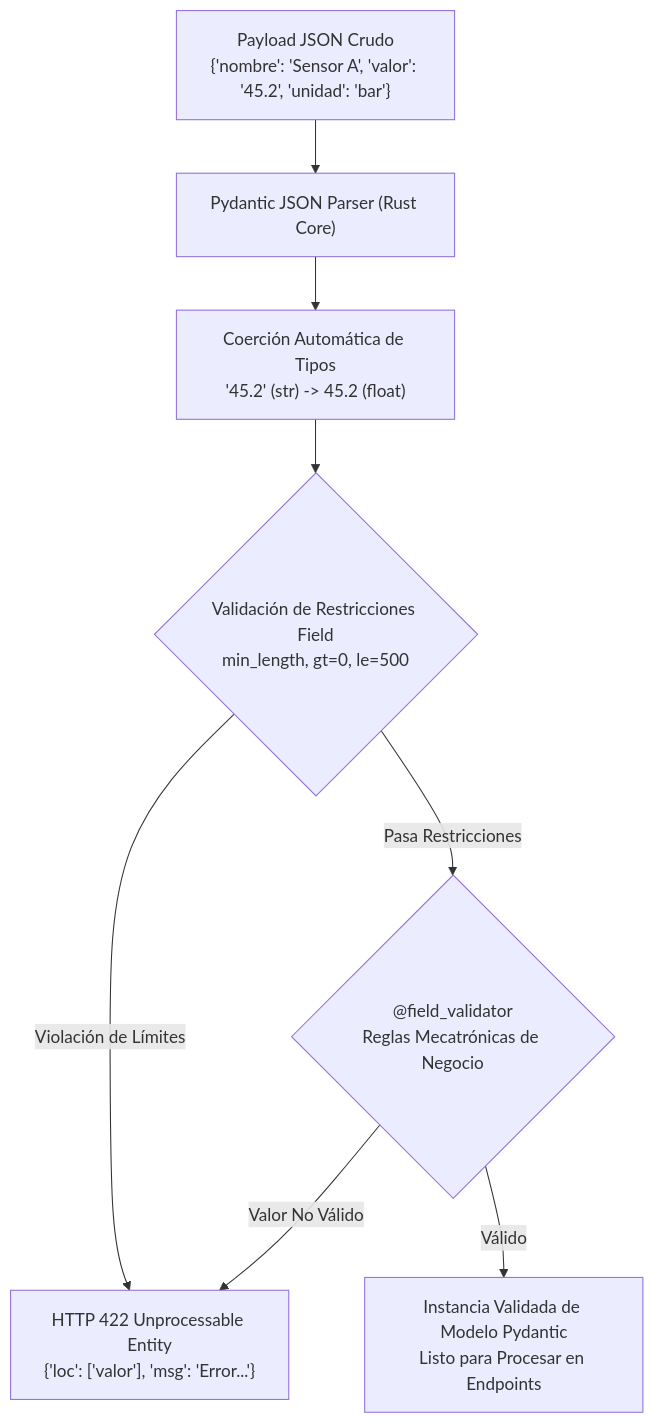
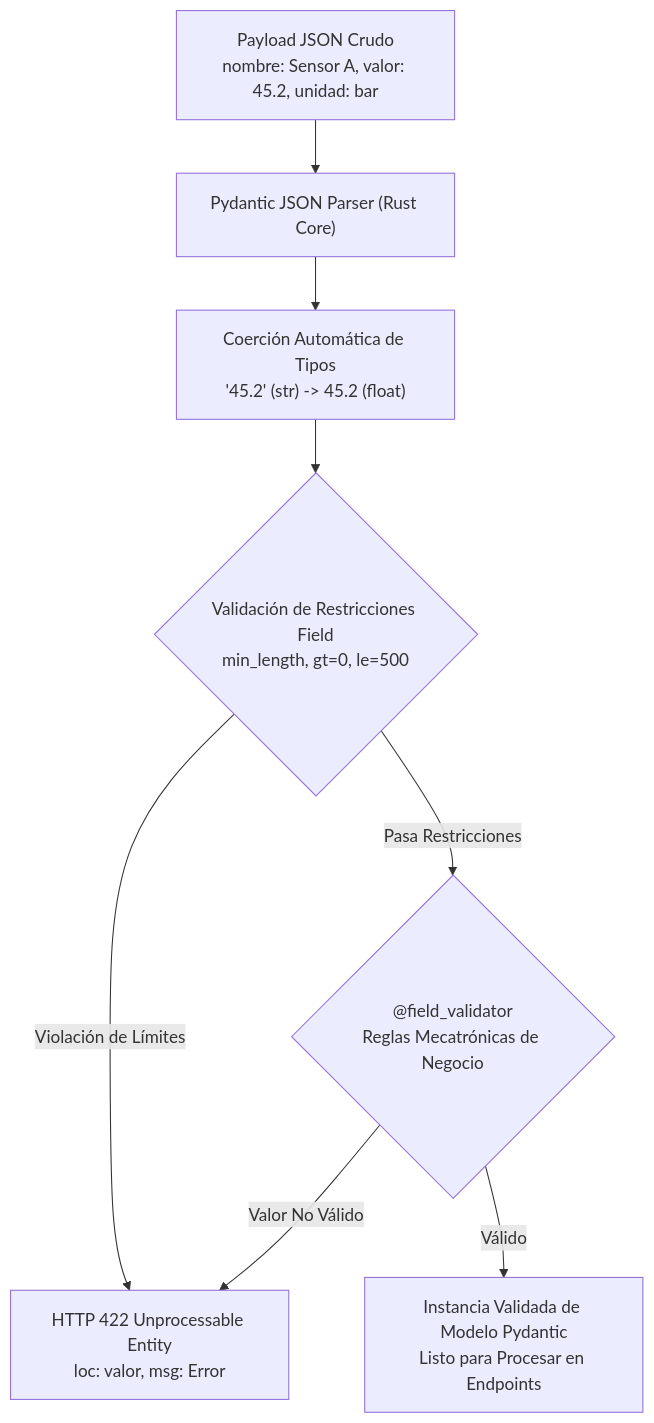
The third of 4 diagrams in README.md (carlobeni/LPV2026-2), drawn with Mermaid before and after one commit. The commit also changed other lines of this file and 2 other files, not shown here.

Commit message:
fix(docs): fix Mermaid diagram syntax and add missing assets in semana-5 branch

````diff
--- a/README.md
+++ b/README.md
@@ -214,12 +219,12 @@
 ```mermaid
 flowchart TD
-    RawJSON["Payload JSON Crudo\n{'nombre': 'Sensor A', 'valor': '45.2', 'unidad': 'bar'}"] --> Parser["Pydantic JSON Parser (Rust Core)"]
-    Parser --> Coercion["Coerción Automática de Tipos\n'45.2' (str) -> 45.2 (float)"]
-    Coercion --> FieldCheck{"Validación de Restricciones Field\nmin_length, gt=0, le=500"}
+    RawJSON["Payload JSON Crudo<br/>nombre: Sensor A, valor: 45.2, unidad: bar"] --> Parser["Pydantic JSON Parser (Rust Core)"]
+    Parser --> Coercion["Coerción Automática de Tipos<br/>'45.2' (str) -> 45.2 (float)"]
+    Coercion --> FieldCheck{"Validación de Restricciones Field<br/>min_length, gt=0, le=500"}
     
-    FieldCheck -->|Violación de Límites| ErrorResponse["HTTP 422 Unprocessable Entity\n{'loc': ['valor'], 'msg': 'Error...'}"]
-    FieldCheck -->|Pasa Restricciones| CustomVal{"@field_validator\nReglas Mecatrónicas de Negocio"}
+    FieldCheck -->|Violación de Límites| ErrorResponse["HTTP 422 Unprocessable Entity<br/>loc: valor, msg: Error"]
+    FieldCheck -->|Pasa Restricciones| CustomVal{"@field_validator<br/>Reglas Mecatrónicas de Negocio"}
     
     CustomVal -->|Valor No Válido| ErrorResponse
-    CustomVal -->|Válido| Instancia["Instancia Validada de Modelo Pydantic\nListo para Procesar en Endpoints"]
+    CustomVal -->|Válido| Instancia["Instancia Validada de Modelo Pydantic<br/>Listo para Procesar en Endpoints"]
 ```
````
